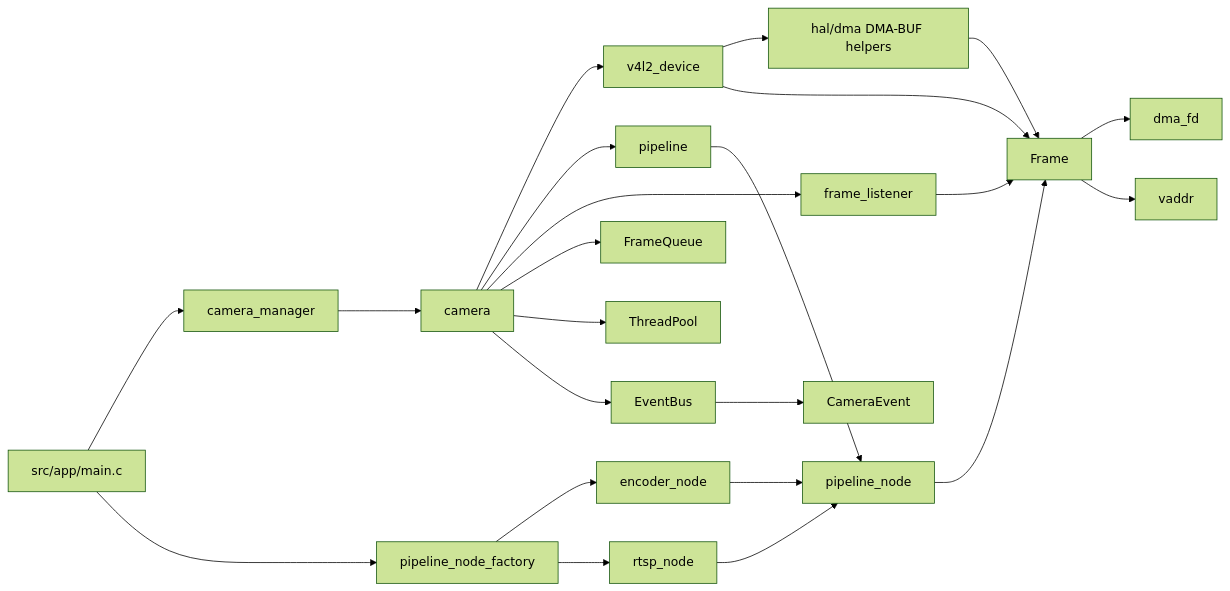
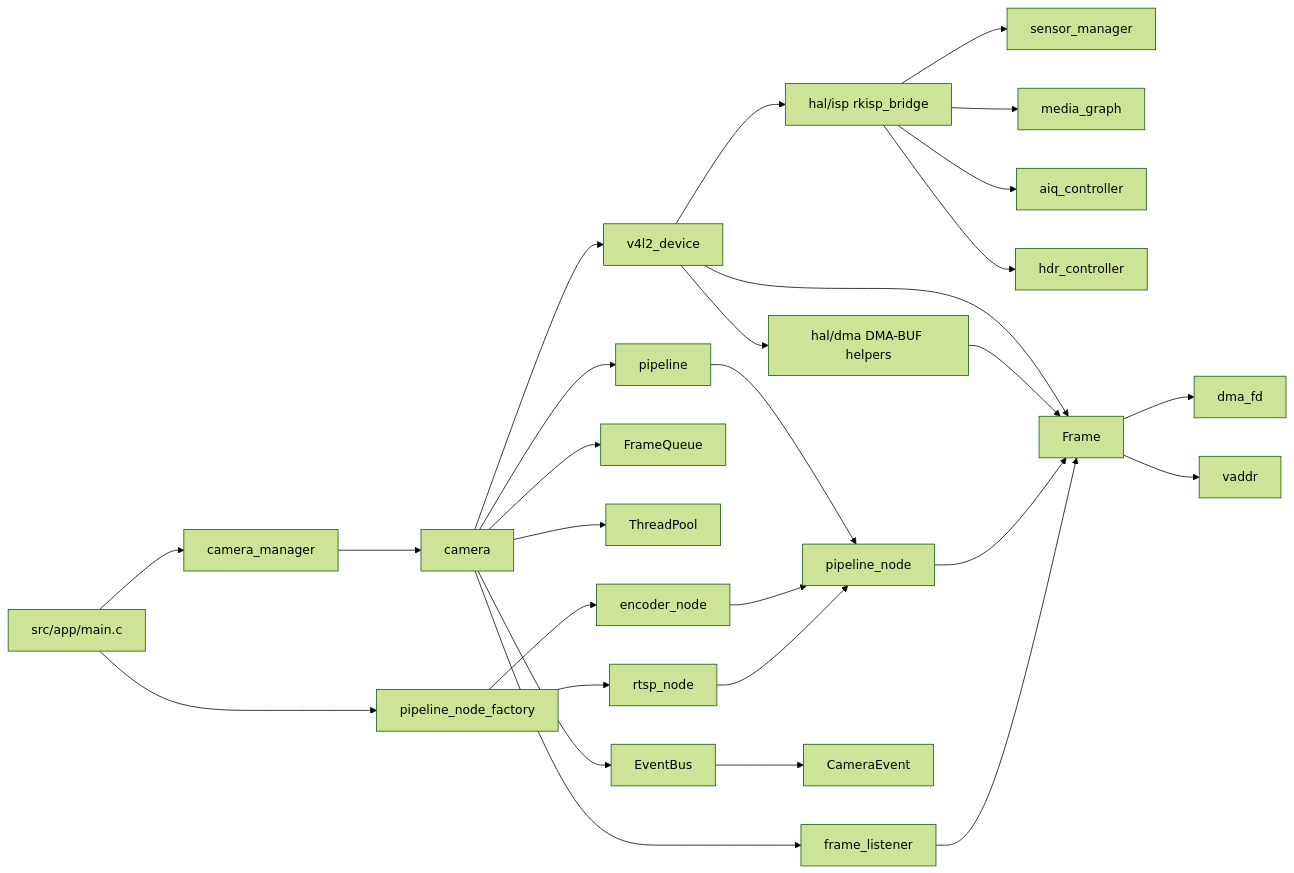
Before and after one commit to originalcore/rk3588_camera: the seventh of 7 diagrams in CAMERA_FLOWCHARTS.md, drawn with Mermaid (forest theme). The commit also changed 13 other files, not shown here.

Commit message:
Split ISP HAL into sensor media AIQ modules

````diff
--- a/CAMERA_FLOWCHARTS.md
+++ b/CAMERA_FLOWCHARTS.md
@@ -181,28 +181,33 @@
 ```mermaid
 flowchart LR
     APP[src/app/main.c] --> CM[camera_manager]
     APP --> CF[pipeline_node_factory]
 
     CM --> CAM[camera]
     CAM --> V4L2[v4l2_device]
     CAM --> PL[pipeline]
     CAM --> FL[frame_listener]
     CAM --> FQ[FrameQueue]
     CAM --> TP[ThreadPool]
     CAM --> EB[EventBus]
     V4L2 --> DMA[hal/dma DMA-BUF helpers]
+    V4L2 --> ISP[hal/isp rkisp_bridge]
+    ISP --> SENSOR[sensor_manager]
+    ISP --> MG[media_graph]
+    ISP --> AIQ[aiq_controller]
+    ISP --> HDR[hdr_controller]
 
     PL --> PN[pipeline_node]
     CF --> ENC[encoder_node]
     CF --> RTSP[rtsp_node]
     ENC --> PN
     RTSP --> PN
 
     V4L2 --> FR[Frame]
     DMA --> FR
     FR --> FD[dma_fd]
     FR --> VA[vaddr]
     PN --> FR
     FL --> FR
     EB --> EVT[CameraEvent]
 ```
````
